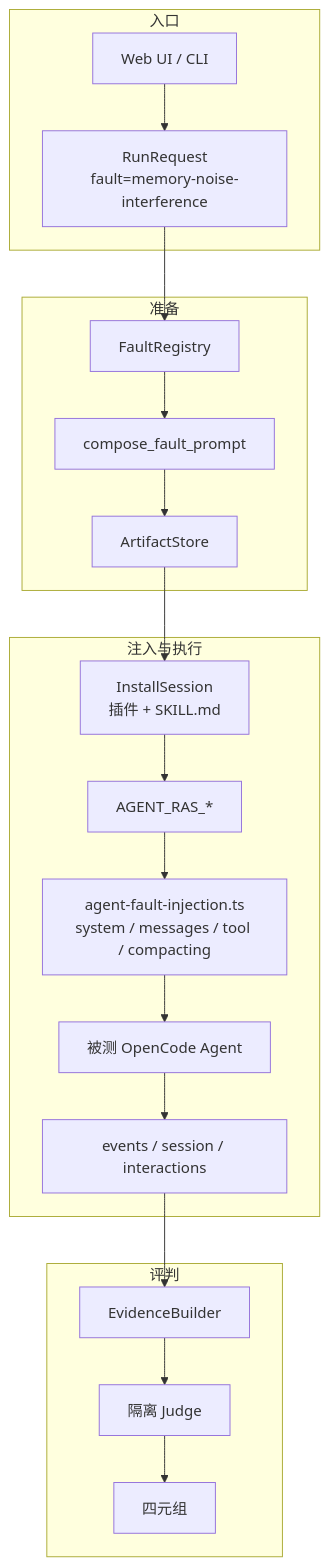
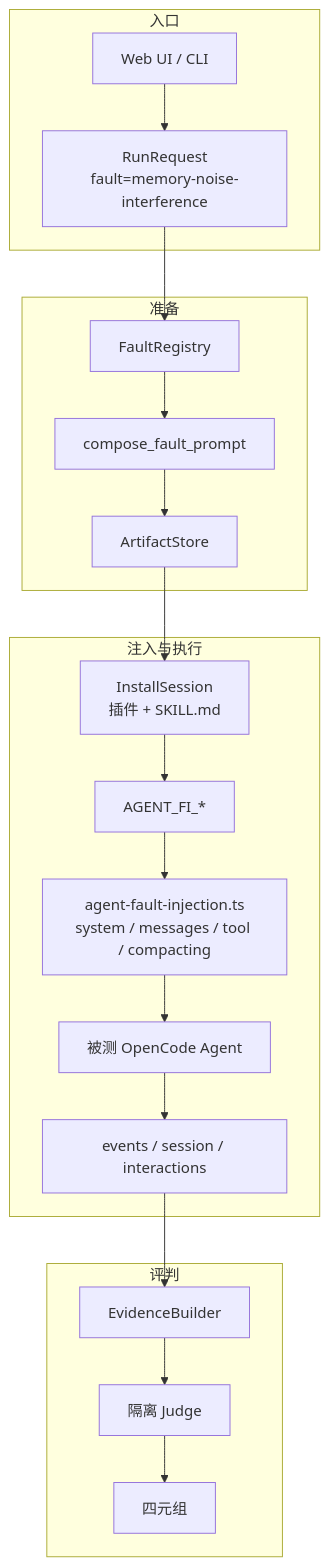
The second of 2 diagrams in docs/agent-ras/designs/features/memory-noise-interference.md (openeuler-mirror/agent-insight), drawn with Mermaid before and after one commit. The commit also changed other lines of this file and 117 other files, not shown here.

````diff
--- a/docs/agent-ras/designs/features/memory-noise-interference.md
+++ b/docs/agent-ras/designs/features/memory-noise-interference.md
@@ -205,26 +205,26 @@
 ```mermaid
 flowchart TB
   subgraph entry [入口]
     UI[Web UI / CLI]
     Req["RunRequest<br/>fault=memory-noise-interference"]
   end
   subgraph prepare [准备]
     Reg[FaultRegistry]
     Compose[compose_fault_prompt]
     Art[ArtifactStore]
   end
   subgraph inject [注入与执行]
     Install[InstallSession<br/>插件 + SKILL.md]
-    Env[AGENT_RAS_*]
+    Env[AGENT_FI_*]
     Plug[agent-fault-injection.ts<br/>system / messages / tool / compacting]
     Agent[被测 OpenCode Agent]
     Cap[events / session / interactions]
   end
   subgraph judge [评判]
     Ev[EvidenceBuilder]
     JL[隔离 Judge]
     Out[四元组]
   end
   UI --> Req --> Reg --> Compose --> Art
   Art --> Install --> Env --> Plug --> Agent --> Cap --> Ev --> JL --> Out
 ```
````
